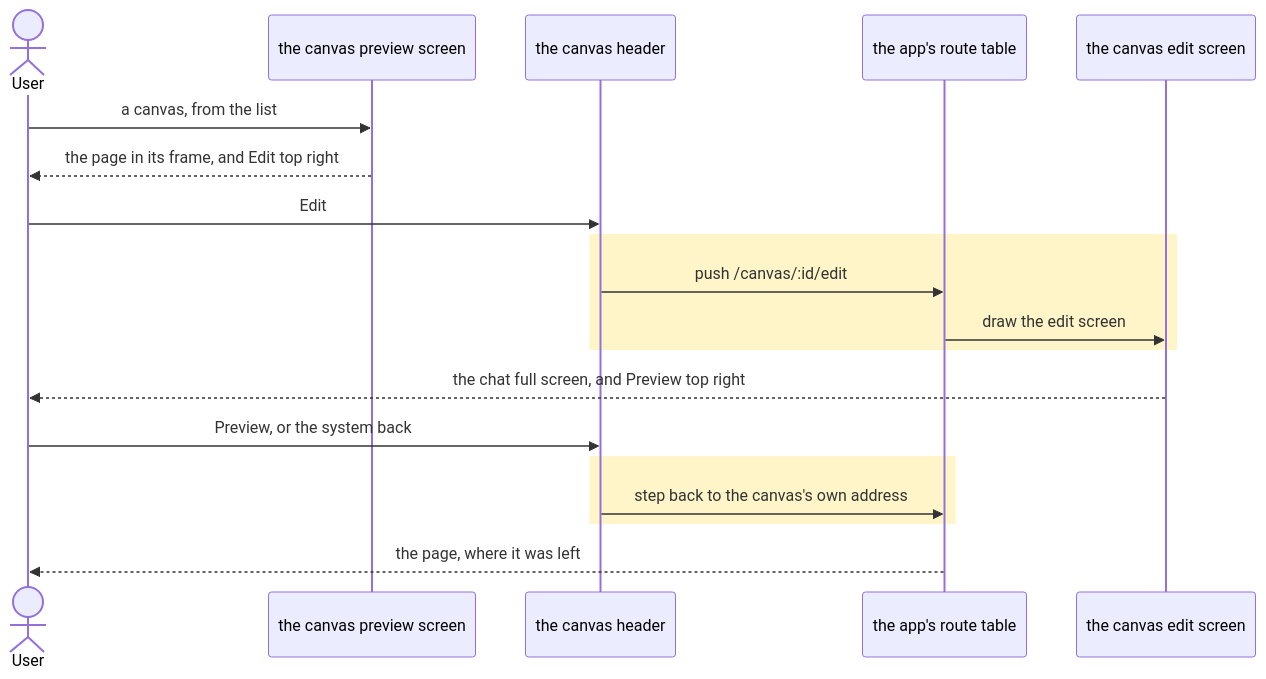
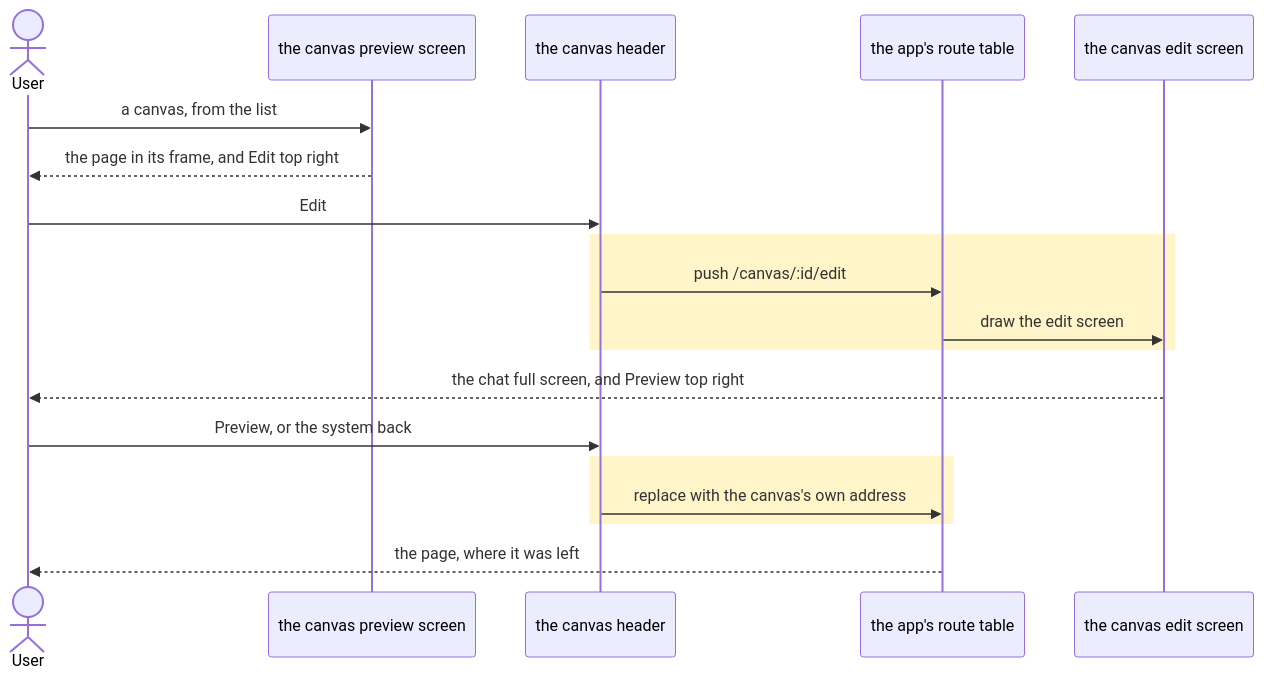
One commit to thehaseebahmed/hermesgots changed the second of 3 diagrams in docs/plans/2026-11-10-canvas-preview-and-edit.md. Above: the diagram before and after it, drawn with Mermaid. The commit also changed other lines of this file and 5 other files, not shown here.

````diff
--- a/docs/plans/2026-11-10-canvas-preview-and-edit.md
+++ b/docs/plans/2026-11-10-canvas-preview-and-edit.md
@@ -71,21 +71,21 @@
 ```mermaid
 sequenceDiagram
   actor User
   participant Preview as the canvas preview screen
   participant Header as the canvas header
   participant Router as the app's route table
   participant Edit as the canvas edit screen
   User->>Preview: a canvas, from the list
   Preview-->>User: the page in its frame, and Edit top right
   User->>Header: Edit
   rect rgb(255, 245, 200)
   Header->>Router: push /canvas/:id/edit
   Router->>Edit: draw the edit screen
   end
   Edit-->>User: the chat full screen, and Preview top right
   User->>Header: Preview, or the system back
   rect rgb(255, 245, 200)
-  Header->>Router: step back to the canvas's own address
+  Header->>Router: replace with the canvas's own address
   end
   Router-->>User: the page, where it was left
 ```
````
